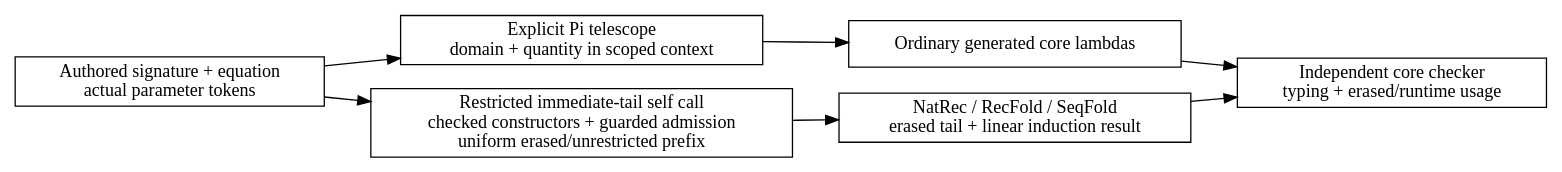
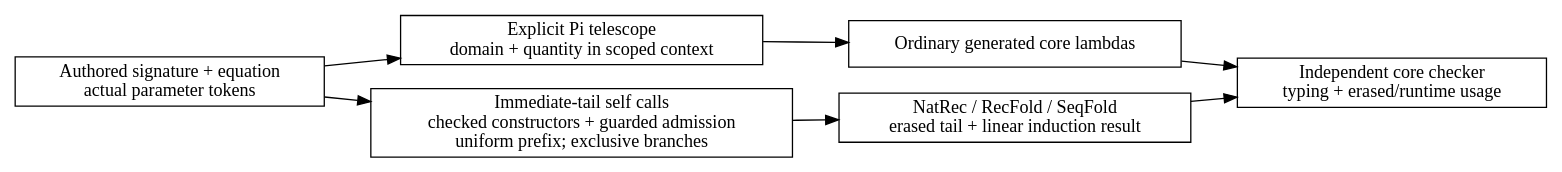
The diagram in docs/diagrams/function-equations.dot (odunboye/fibril), drawn with Graphviz before and after one commit. The commit also changed 7 other files, not shown here.

Commit message:
Admit structural recursion across exclusive branches

```diff
--- a/docs/diagrams/function-equations.dot
+++ b/docs/diagrams/function-equations.dot
@@ -1,12 +1,12 @@
 digraph FunctionEquations {
   rankdir=LR;
   node [shape=box];
   source [label="Authored signature + equation\nactual parameter tokens"];
   pi [label="Explicit Pi telescope\ndomain + quantity in scoped context"];
   body [label="Ordinary generated core lambdas"];
-  structural [label="Restricted immediate-tail self call\nchecked constructors + guarded admission\nuniform erased/unrestricted prefix"];
+  structural [label="Immediate-tail self calls\nchecked constructors + guarded admission\nuniform prefix; exclusive branches"];
   fold [label="NatRec / RecFold / SeqFold\nerased tail + linear induction result"];
   check [label="Independent core checker\ntyping + erased/runtime usage"];
   source -> pi -> body -> check;
   source -> structural -> fold -> check;
 }
```
